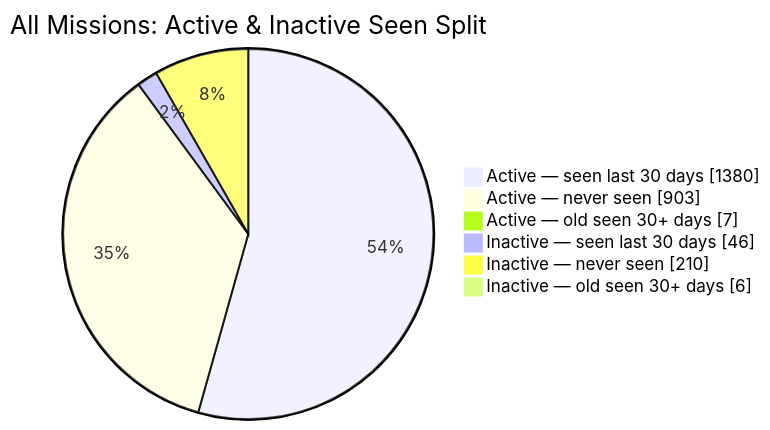
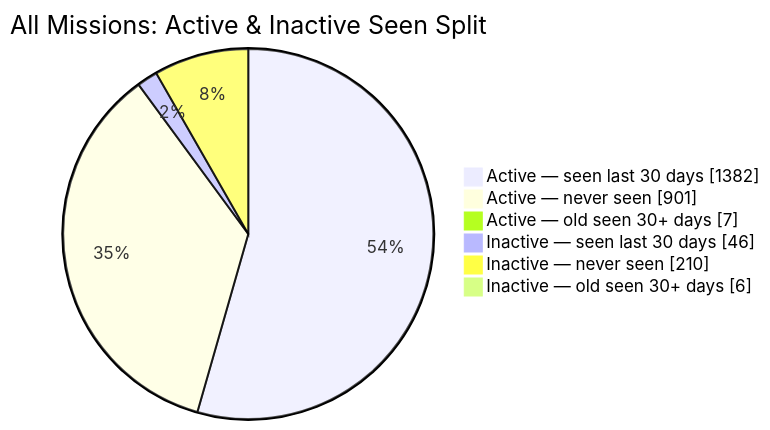
The second of 2 diagrams in README.md (MeldkamerspelGameTeam/active-missions), drawn with Mermaid before and after one commit. The commit also changed other lines of this file and 2 other files, not shown here.

````diff
--- a/README.md
+++ b/README.md
@@ -44,10 +44,10 @@
 ```mermaid
 pie showData
     title All Missions: Active & Inactive Seen Split
-    "Active — seen last 30 days" : 1380
-    "Active — never seen" : 903
+    "Active — seen last 30 days" : 1382
+    "Active — never seen" : 901
     "Active — old seen 30+ days" : 7
     "Inactive — seen last 30 days" : 46
     "Inactive — never seen" : 210
     "Inactive — old seen 30+ days" : 6
 ```
````
